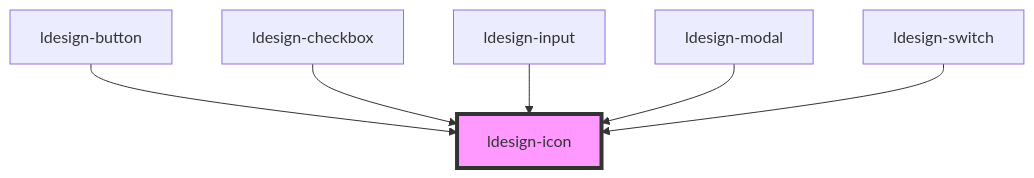
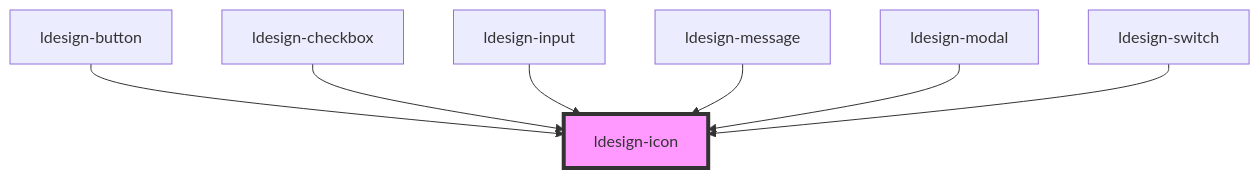
One commit to poly1603/ldesign changed the diagram in packages/webcomponent/src/components/icon/readme.md. Above: the diagram before and after it, drawn with Mermaid. The commit also changed other lines of this file and 13 other files, not shown here.

First line of the commit message:
feat(message): 新增全局提示组件 LdesignMessage

````diff
--- a/packages/webcomponent/src/components/icon/readme.md
+++ b/packages/webcomponent/src/components/icon/readme.md
@@ -35,9 +36,10 @@
 ```mermaid
 graph TD;
   ldesign-button --> ldesign-icon
   ldesign-checkbox --> ldesign-icon
   ldesign-input --> ldesign-icon
+  ldesign-message --> ldesign-icon
   ldesign-modal --> ldesign-icon
   ldesign-switch --> ldesign-icon
   style ldesign-icon fill:#f9f,stroke:#333,stroke-width:4px
 ```
````
